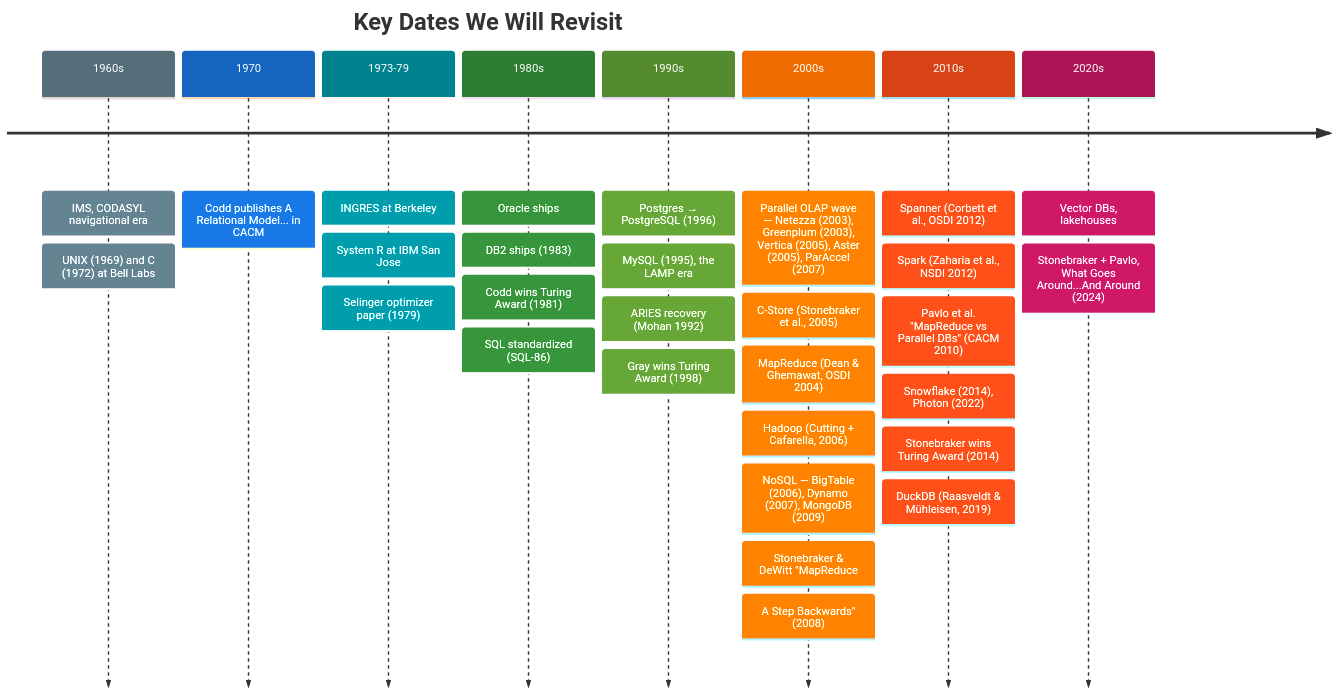
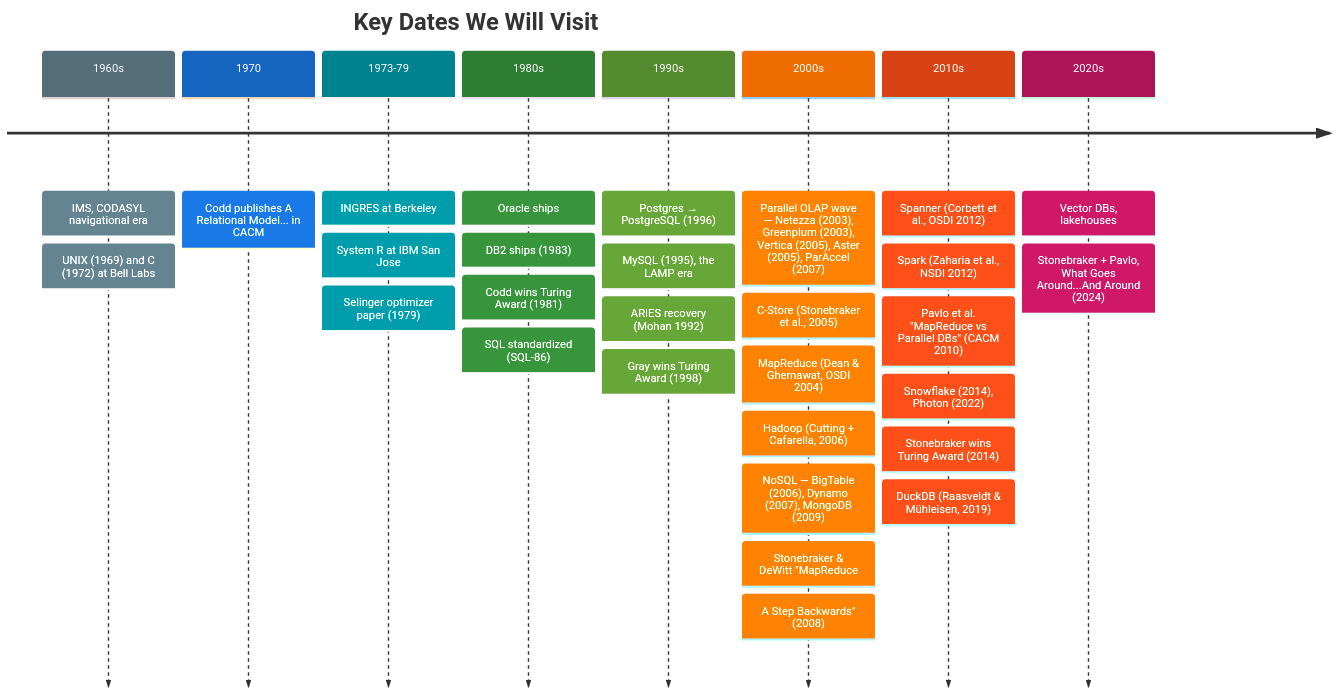
Before and after one commit to ufdatastudio/cop5725fa26: the second of 21 diagrams in lecture-outlines/day2-database-history/slides.md, drawn with Mermaid. The commit also changed other lines of this file, not shown here.

````diff
--- a/lecture-outlines/day2-database-history/slides.md
+++ b/lecture-outlines/day2-database-history/slides.md
@@ -84,42 +62,42 @@
 ```mermaid
 %%{init: {'theme':'base', 'themeVariables': {
   'cScale0':'#546e7a', 'cScaleLabel0':'#ffffff',
   'cScale1':'#1565c0', 'cScaleLabel1':'#ffffff',
   'cScale2':'#00838f', 'cScaleLabel2':'#ffffff',
   'cScale3':'#2e7d32', 'cScaleLabel3':'#ffffff',
   'cScale4':'#558b2f', 'cScaleLabel4':'#ffffff',
   'cScale5':'#ef6c00', 'cScaleLabel5':'#ffffff',
   'cScale6':'#d84315', 'cScaleLabel6':'#ffffff',
   'cScale7':'#ad1457', 'cScaleLabel7':'#ffffff'
 }}}%%
 timeline
-  title Key Dates We Will Revisit
+  title Key Dates We Will Visit
   1960s : IMS, CODASYL navigational era
         : UNIX (1969) and C (1972) at Bell Labs
   1970 : Codd publishes A Relational Model... in CACM
   1973-79 : INGRES at Berkeley
           : System R at IBM San Jose
           : Selinger optimizer paper (1979)
   1980s : Oracle ships
         : DB2 ships (1983)
         : Codd wins Turing Award (1981)
         : SQL standardized (SQL-86)
   1990s : Postgres → PostgreSQL (1996)
         : MySQL (1995), the LAMP era
         : ARIES recovery (Mohan 1992)
         : Gray wins Turing Award (1998)
   2000s : Parallel OLAP wave — Netezza (2003), Greenplum (2003), Vertica (2005), Aster (2005), ParAccel (2007)
         : C-Store (Stonebraker et al., 2005)
         : MapReduce (Dean & Ghemawat, OSDI 2004)
         : Hadoop (Cutting + Cafarella, 2006)
         : NoSQL — BigTable (2006), Dynamo (2007), MongoDB (2009)
         : Stonebraker & DeWitt "MapReduce: A Step Backwards" (2008)
   2010s : Spanner (Corbett et al., OSDI 2012)
         : Spark (Zaharia et al., NSDI 2012)
         : Pavlo et al. "MapReduce vs Parallel DBs" (CACM 2010)
         : Snowflake (2014), Photon (2022)
         : Stonebraker wins Turing Award (2014)
         : DuckDB (Raasveldt & Mühleisen, 2019)
   2020s : Vector DBs, lakehouses
         : Stonebraker + Pavlo, What Goes Around...And Around (2024)
 ```
````
